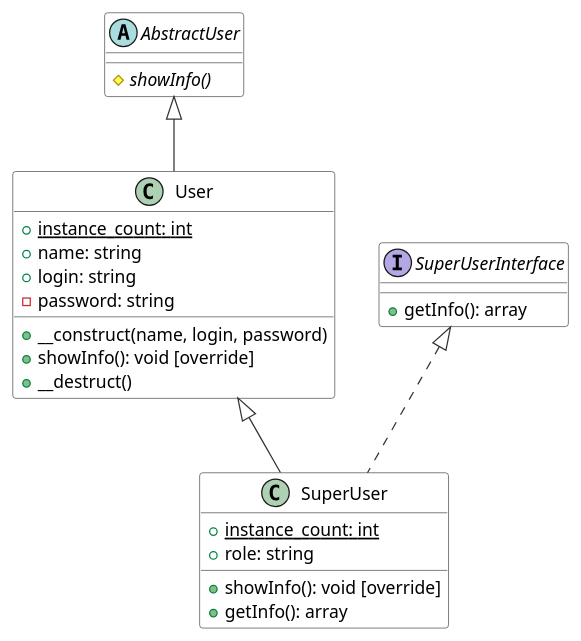
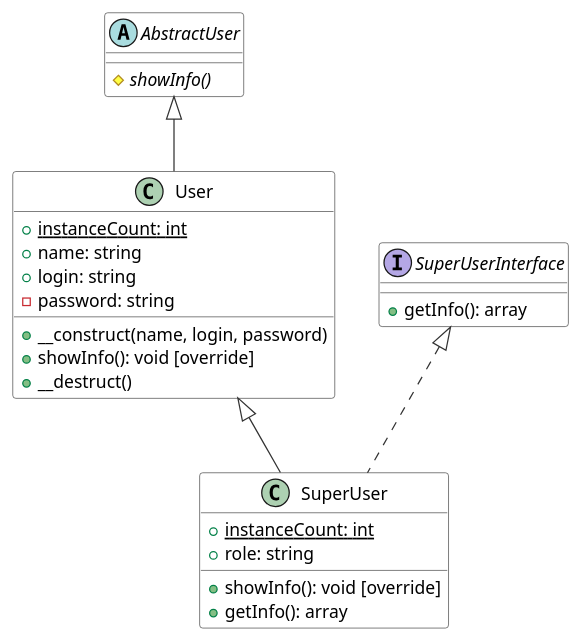
One commit to vladosG005/web changed the diagram in lab1/lab1.puml. Above: the diagram before and after it, drawn with PlantUML. The commit also changed 3 other files, not shown here.

```diff
--- a/lab1/lab1.puml
+++ b/lab1/lab1.puml
@@ -1,36 +1,36 @@
 @startuml
 skinparam class {
     BackgroundColor White
     BorderColor #333
     ArrowColor #333
 }
 
 abstract class AbstractUser {
   # {abstract} showInfo()
 }
 
 class User {
-  + {static} instance_count: int
+  + {static} instanceCount: int
   + name: string
   + login: string
   - password: string
   + __construct(name, login, password)
   + showInfo(): void [override]
   + __destruct()
 }
 
 class SuperUser {
-  + {static} instance_count: int
+  + {static} instanceCount: int
   + role: string
   + showInfo(): void [override]
   + getInfo(): array
 }
 
 interface SuperUserInterface {
   + getInfo(): array
 }
 
 AbstractUser <|-- User
 User <|-- SuperUser
 SuperUserInterface <|.. SuperUser
 @enduml
```
